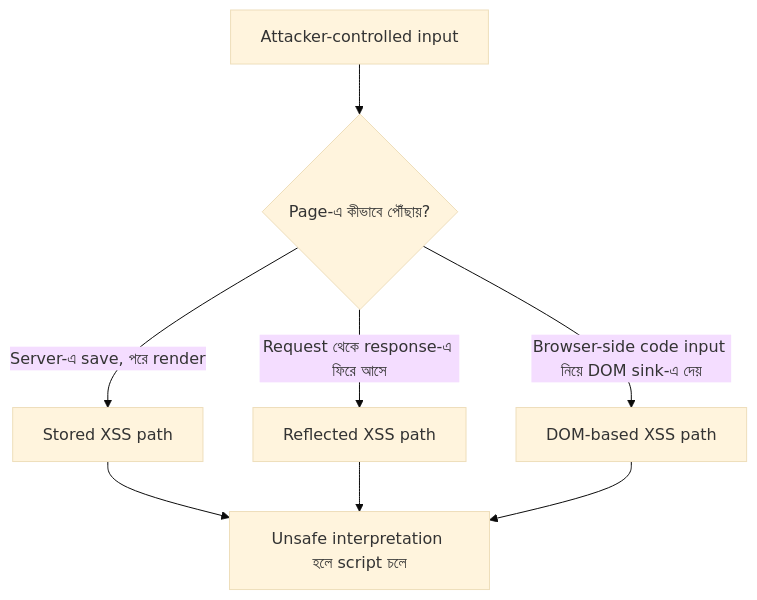
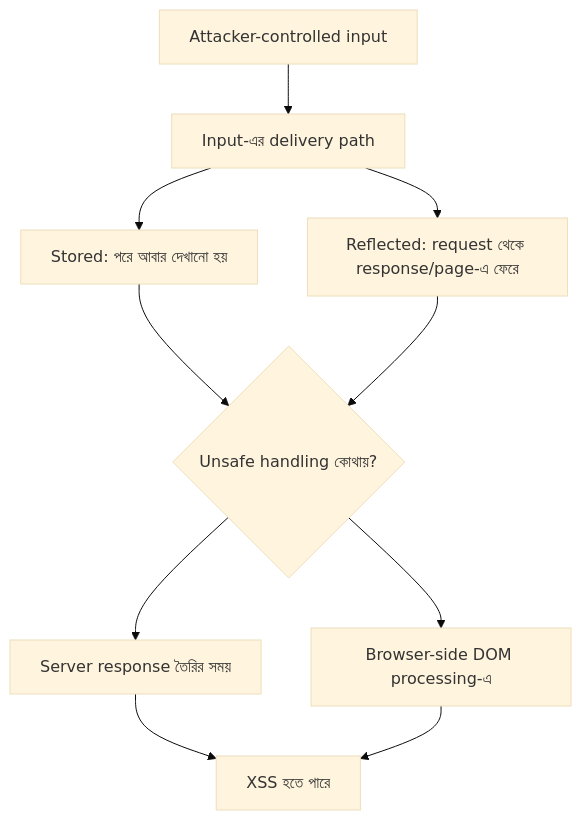
Before and after one commit to shomi-khan/auth-security-journey: the second of 4 diagrams in series/season-1-browser-session-token/07-xss-and-httponly/README.md, drawn with Mermaid (base theme). The commit also changed other lines of this file, not shown here.

Commit message:
Clarify overlapping XSS classification and safe DOM sink

````diff
--- a/series/season-1-browser-session-token/07-xss-and-httponly/README.md
+++ b/series/season-1-browser-session-token/07-xss-and-httponly/README.md
@@ -69,10 +67,12 @@
 ```mermaid
 flowchart TD
-    A["Attacker-controlled input"] --> B{"Page-এ কীভাবে পৌঁছায়?"}
-    B -->|"Server-এ save, পরে render"| C["Stored XSS path"]
-    B -->|"Request থেকে response-এ ফিরে আসে"| D["Reflected XSS path"]
-    B -->|"Browser-side code input নিয়ে DOM sink-এ দেয়"| E["DOM-based XSS path"]
-    C --> F["Unsafe interpretation হলে script চলে"]
-    D --> F
-    E --> F
+    A["Attacker-controlled input"] --> B["Input-এর delivery path"]
+    B --> C["Stored: পরে আবার দেখানো হয়"]
+    B --> D["Reflected: request থেকে response/page-এ ফেরে"]
+    C --> E{"Unsafe handling কোথায়?"}
+    D --> E
+    E --> F["Server response তৈরির সময়"]
+    E --> G["Browser-side DOM processing-এ"]
+    F --> H["XSS হতে পারে"]
+    G --> H
 ```
````
